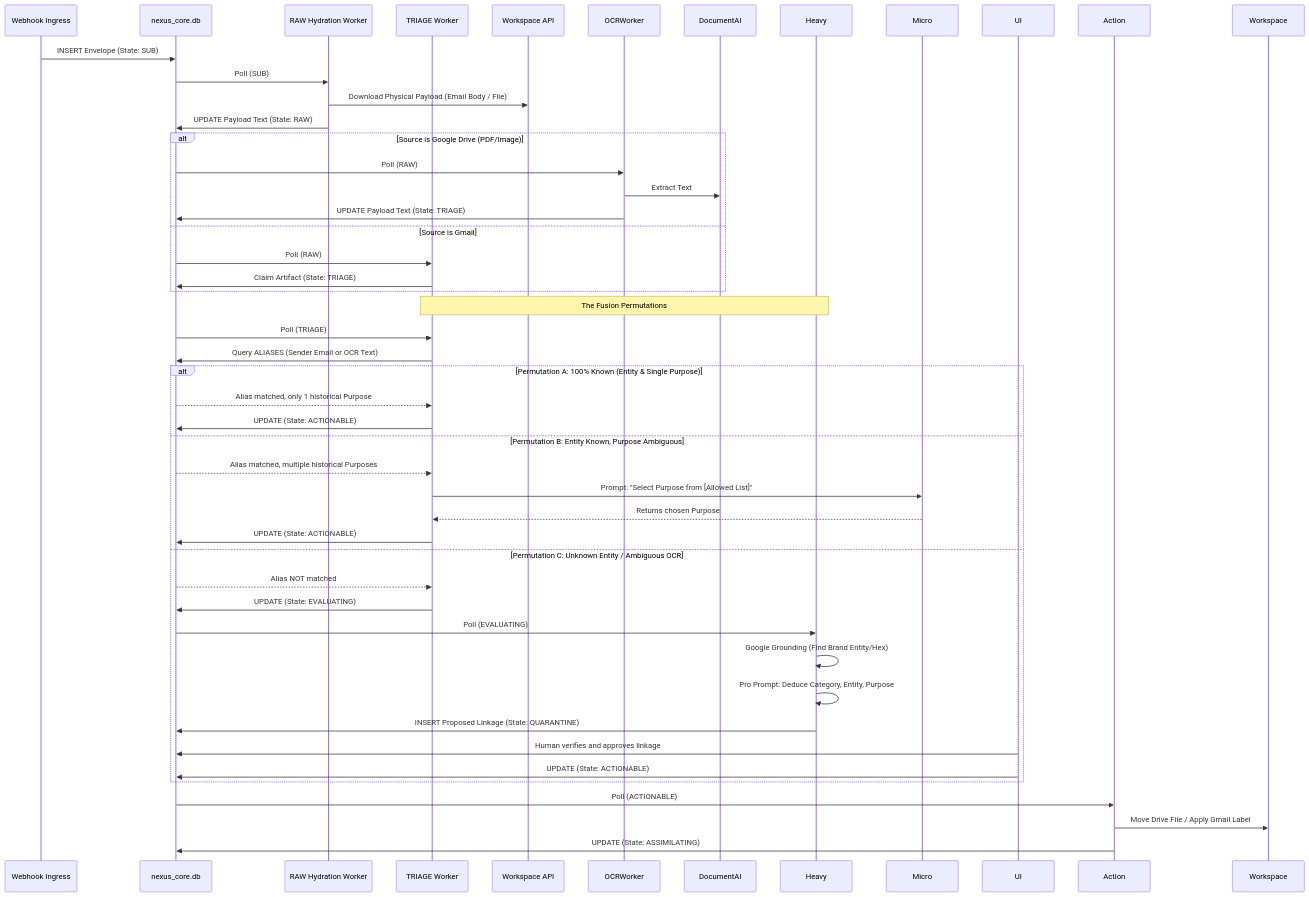
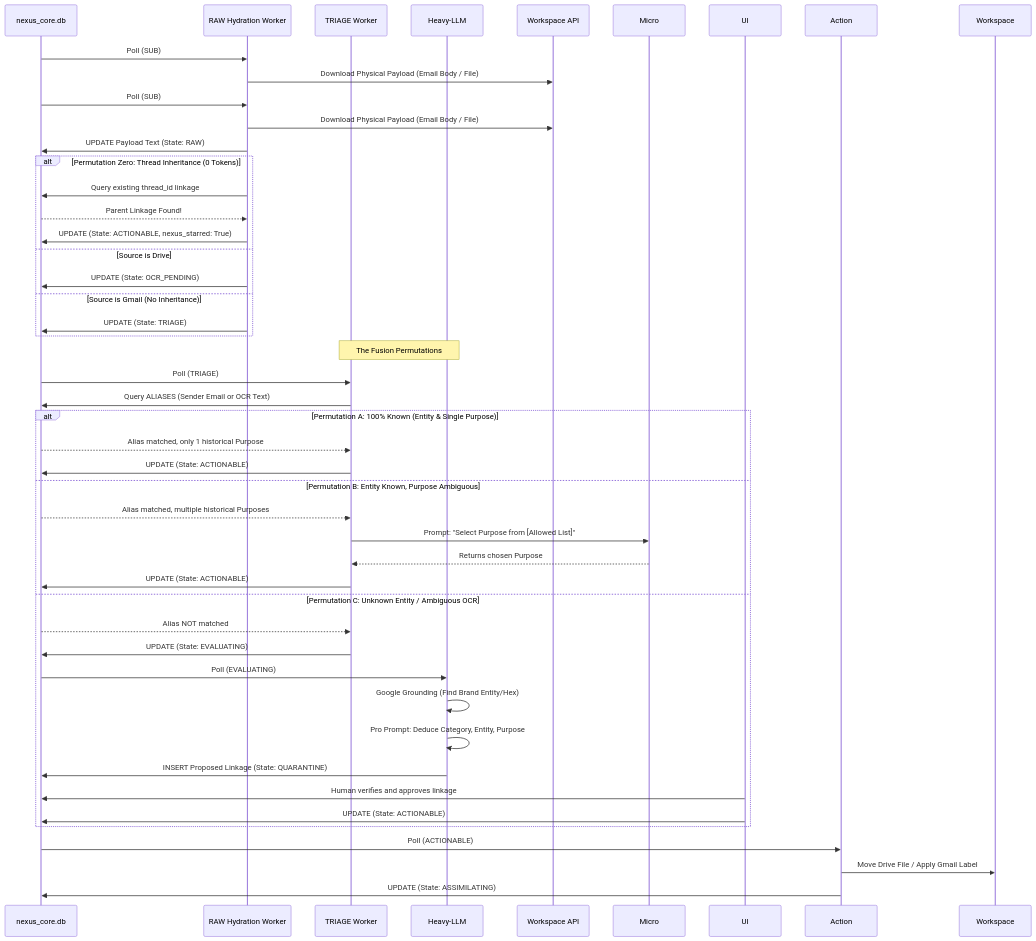
Before and after one commit to FrankXLT/Nexus-for-Google: the diagram in arch_docs/03_STATE_MACHINE.md, drawn with Mermaid. The commit also changed other lines of this file and 17 other files, not shown here.

````diff
--- a/arch_docs/03_STATE_MACHINE.md
+++ b/arch_docs/03_STATE_MACHINE.md
@@ -54,56 +58,58 @@
 ```mermaid
 sequenceDiagram
-    participant Webhook as Webhook Ingress
     participant DB as nexus_core.db
     participant RawWorker as RAW Hydration Worker
     participant Triage as TRIAGE Worker
+    participant Heavy as Heavy-LLM
 
     %% INGRESS & PRE-PROCESSING
-    Webhook->>DB: INSERT Envelope (State: SUB)
+    DB->>RawWorker: Poll (SUB)
+    RawWorker->>Workspace API: Download Physical Payload (Email Body / File)
     
     DB->>RawWorker: Poll (SUB)
     RawWorker->>Workspace API: Download Physical Payload (Email Body / File)
     RawWorker->>DB: UPDATE Payload Text (State: RAW)
 
-    alt Source is Google Drive (PDF/Image)
-        DB->>OCRWorker: Poll (RAW)
-        OCRWorker->>DocumentAI: Extract Text
-        OCRWorker->>DB: UPDATE Payload Text (State: TRIAGE)
-    else Source is Gmail
-        DB->>Triage: Poll (RAW)
-        Triage->>DB: Claim Artifact (State: TRIAGE)
+    alt Permutation Zero: Thread Inheritance (0 Tokens)
+        RawWorker->>DB: Query existing thread_id linkage
+        DB-->>RawWorker: Parent Linkage Found!
+        RawWorker->>DB: UPDATE (State: ACTIONABLE, nexus_starred: True)
+    else Source is Drive
+        RawWorker->>DB: UPDATE (State: OCR_PENDING)
+    else Source is Gmail (No Inheritance)
+        RawWorker->>DB: UPDATE (State: TRIAGE)
     end
 
     %% TRIAGE PERMUTATIONS
     Note over Triage, Heavy: The Fusion Permutations
     DB->>Triage: Poll (TRIAGE)
     Triage->>DB: Query ALIASES (Sender Email or OCR Text)
     
     alt Permutation A: 100% Known (Entity & Single Purpose)
         DB-->>Triage: Alias matched, only 1 historical Purpose
         Triage->>DB: UPDATE (State: ACTIONABLE)
         
     else Permutation B: Entity Known, Purpose Ambiguous
         DB-->>Triage: Alias matched, multiple historical Purposes
         Triage->>Micro: Prompt: "Select Purpose from [Allowed List]"
         Micro-->>Triage: Returns chosen Purpose
         Triage->>DB: UPDATE (State: ACTIONABLE)
         
     else Permutation C: Unknown Entity / Ambiguous OCR
         DB-->>Triage: Alias NOT matched
         Triage->>DB: UPDATE (State: EVALUATING)
         
         DB->>Heavy: Poll (EVALUATING)
         Heavy->>Heavy: Google Grounding (Find Brand Entity/Hex)
         Heavy->>Heavy: Pro Prompt: Deduce Category, Entity, Purpose
         Heavy->>DB: INSERT Proposed Linkage (State: QUARANTINE)
         
         UI->>DB: Human verifies and approves linkage
         UI->>DB: UPDATE (State: ACTIONABLE)
     end
 
     %% RESOLUTION
     DB->>Action: Poll (ACTIONABLE)
     Action->>Workspace: Move Drive File / Apply Gmail Label
     Action->>DB: UPDATE (State: ASSIMILATING)
 ```
````
